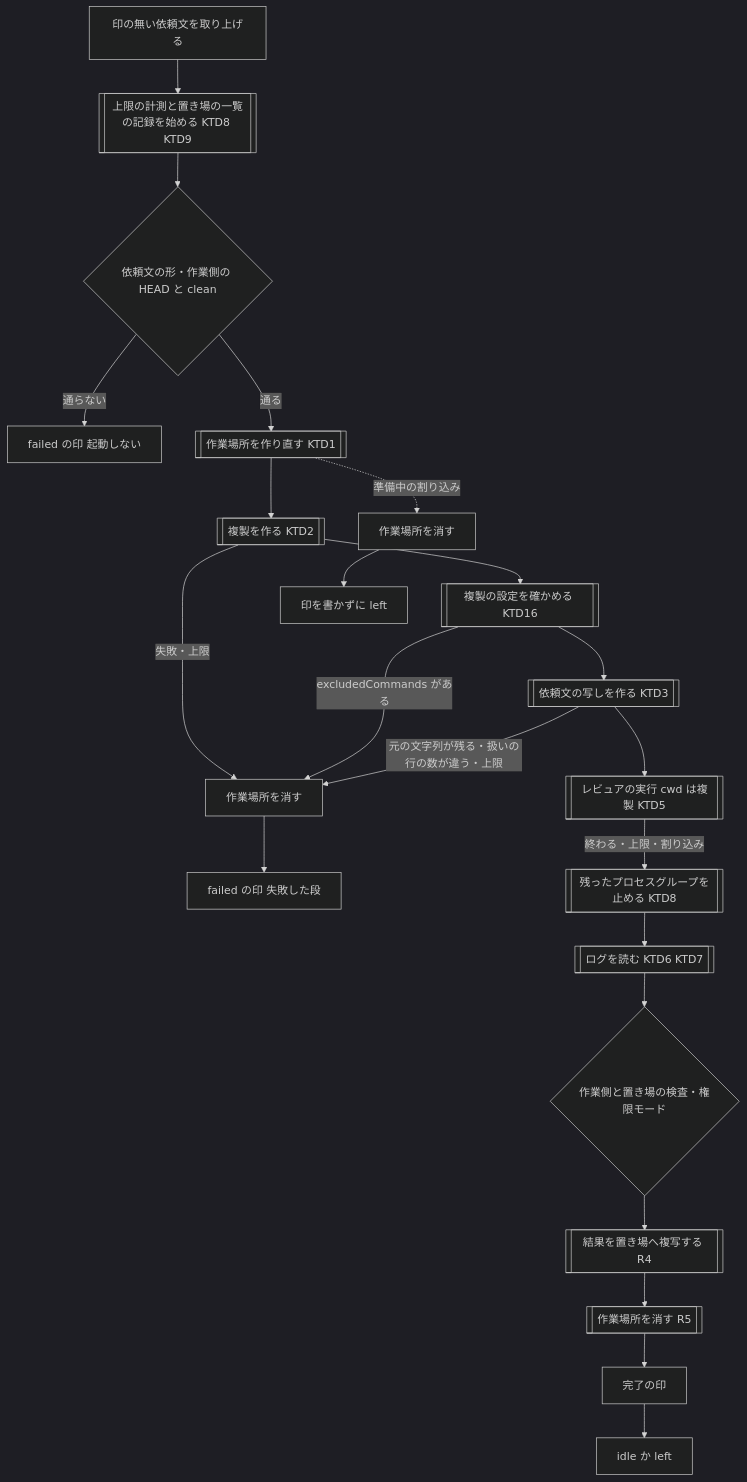
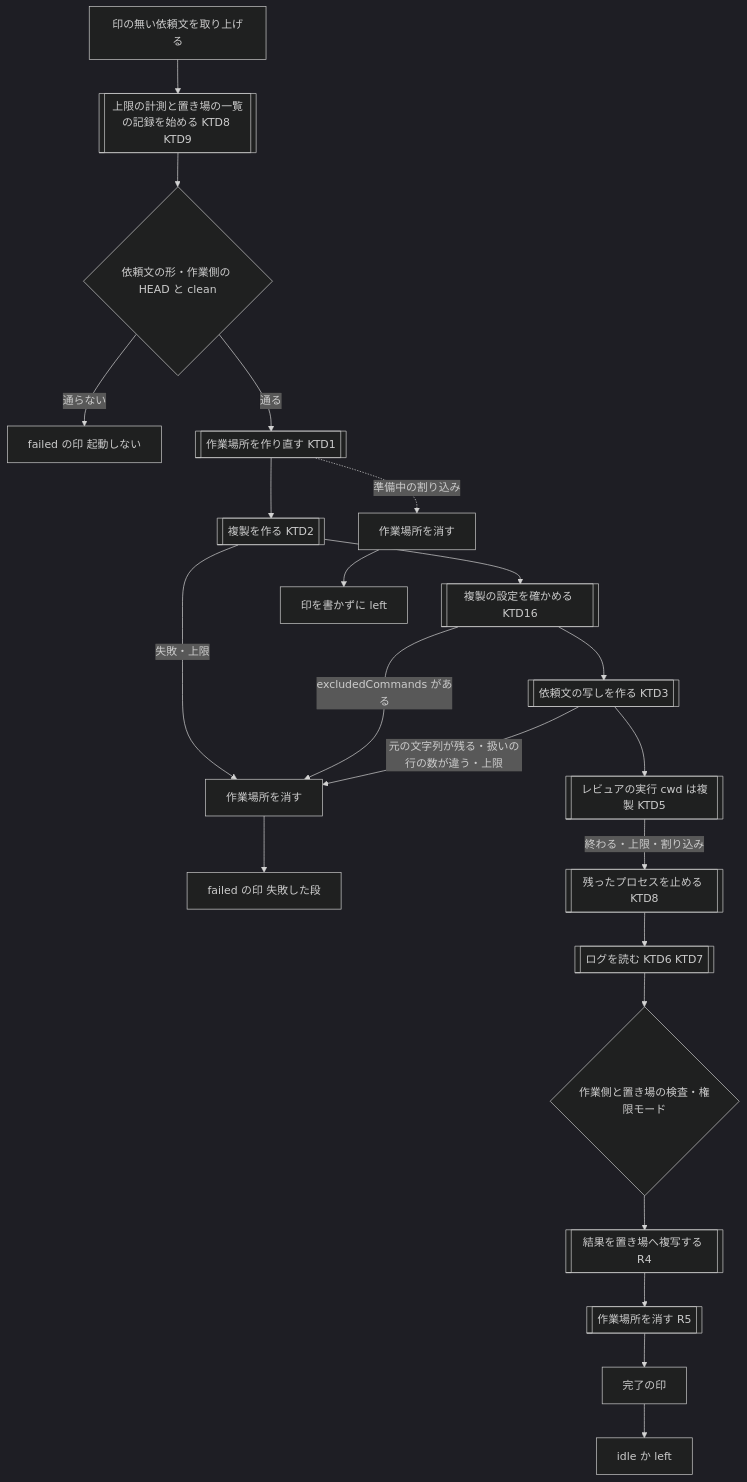
One commit to akm/claude-plugins changed the first of 2 diagrams in docs/plans/2026-09-27-1431-feat-review-loop-sandbox-plan.md. Above: the diagram before and after it, drawn with Mermaid (dark theme). The commit also changed other lines of this file, not shown here.

````diff
--- a/docs/plans/2026-09-27-1431-feat-review-loop-sandbox-plan.md
+++ b/docs/plans/2026-09-27-1431-feat-review-loop-sandbox-plan.md
@@ -466,24 +477,24 @@
 ```mermaid
 flowchart TB
   P[印の無い依頼文を取り上げる] --> T[[上限の計測と置き場の一覧の記録を始める KTD8 KTD9]]
   T --> V{依頼文の形・作業側の HEAD と clean}
   V -- 通らない --> FM1[failed の印 起動しない]
   V -- 通る --> W[[作業場所を作り直す KTD1]]
   W --> C[[複製を作る KTD2]]
   C --> E[[複製の設定を確かめる KTD16]]
   E --> R[[依頼文の写しを作る KTD3]]
   C -- 失敗・上限 --> RM1[作業場所を消す]
   E -- excludedCommands がある --> RM1
   R -- 元の文字列が残る・扱いの行の数が違う・上限 --> RM1
   RM1 --> FM2[failed の印 失敗した段]
   W -. 準備中の割り込み .-> RM3[作業場所を消す]
   RM3 --> LEFT[印を書かずに left]
   R --> X[[レビュアの実行 cwd は複製 KTD5]]
-  X -- 終わる・上限・割り込み --> K[[残ったプロセスグループを止める KTD8]]
+  X -- 終わる・上限・割り込み --> K[[残ったプロセスを止める KTD8]]
   K --> L[[ログを読む KTD6 KTD7]]
   L --> Q{作業側と置き場の検査・権限モード}
   Q --> Y[[結果を置き場へ複写する R4]]
   Y --> RM2[[作業場所を消す R5]]
   RM2 --> M[完了の印]
   M --> I[idle か left]
 ```
````
